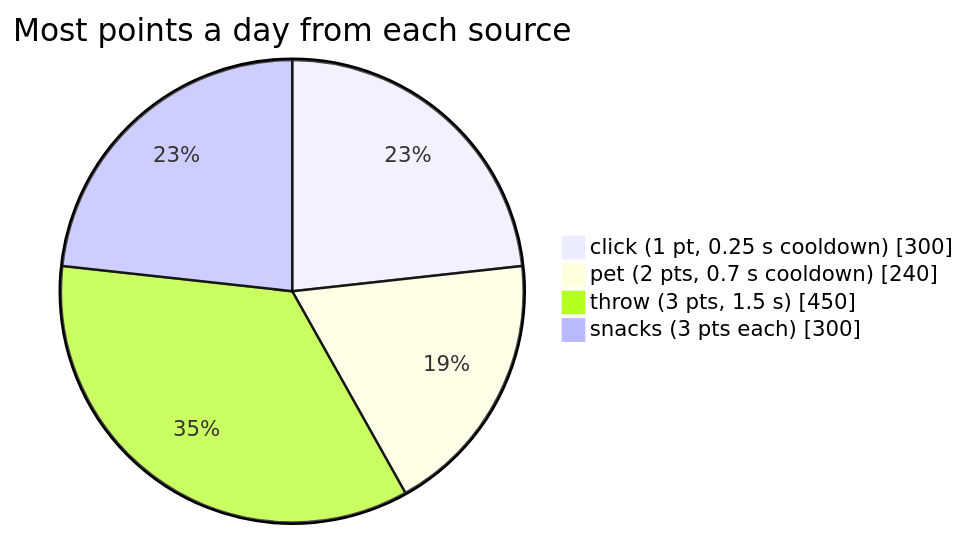
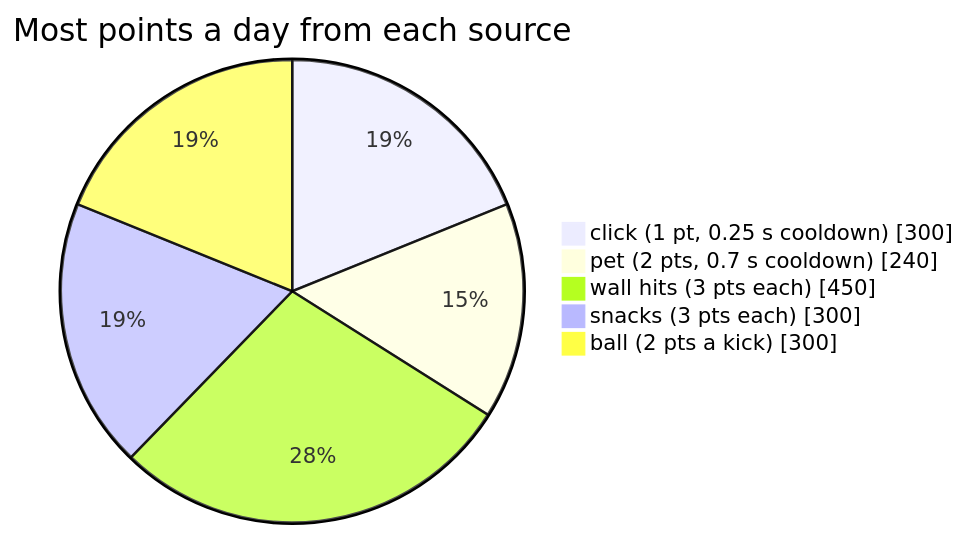
Before and after one commit to Double-bited-Hamburger/DesktopBuddy: the first of 3 diagrams in README.md, drawn with Mermaid. The commit also changed other lines of this file and 90 other files, not shown here.

````diff
--- a/README.md
+++ b/README.md
@@ -56,7 +59,8 @@
 ```mermaid
 pie showData title Most points a day from each source
     "click (1 pt, 0.25 s cooldown)" : 300
     "pet (2 pts, 0.7 s cooldown)" : 240
-    "throw (3 pts, 1.5 s)" : 450
+    "wall hits (3 pts each)" : 450
     "snacks (3 pts each)" : 300
+    "ball (2 pts a kick)" : 300
 ```
````
